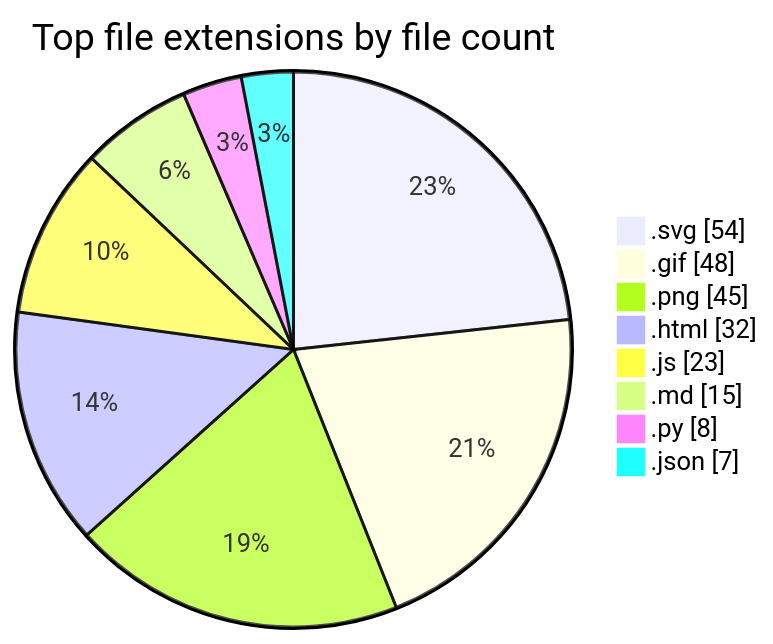
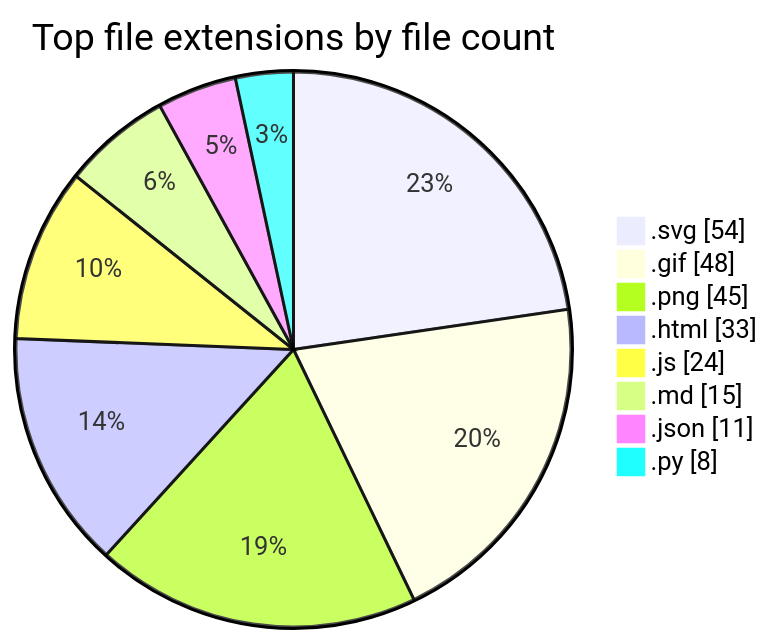
One commit to tchinso/tchinso changed the second of 2 diagrams in README.md. Above: the diagram before and after it, drawn with Mermaid. The commit also changed other lines of this file, not shown here.

````diff
--- a/README.md
+++ b/README.md
@@ -46,12 +46,12 @@
 ```mermaid
 pie showData
     title Top file extensions by file count
     ".svg" : 54
     ".gif" : 48
     ".png" : 45
-    ".html" : 32
-    ".js" : 23
+    ".html" : 33
+    ".js" : 24
     ".md" : 15
+    ".json" : 11
     ".py" : 8
-    ".json" : 7
 ```
````
